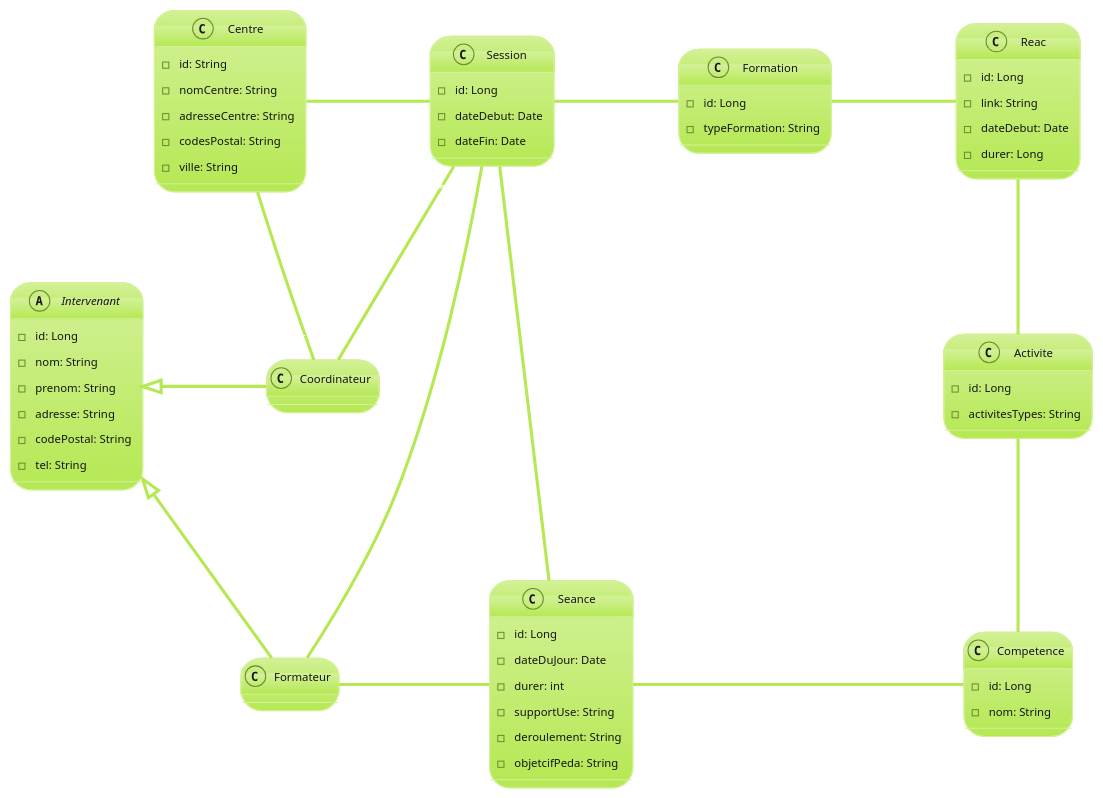
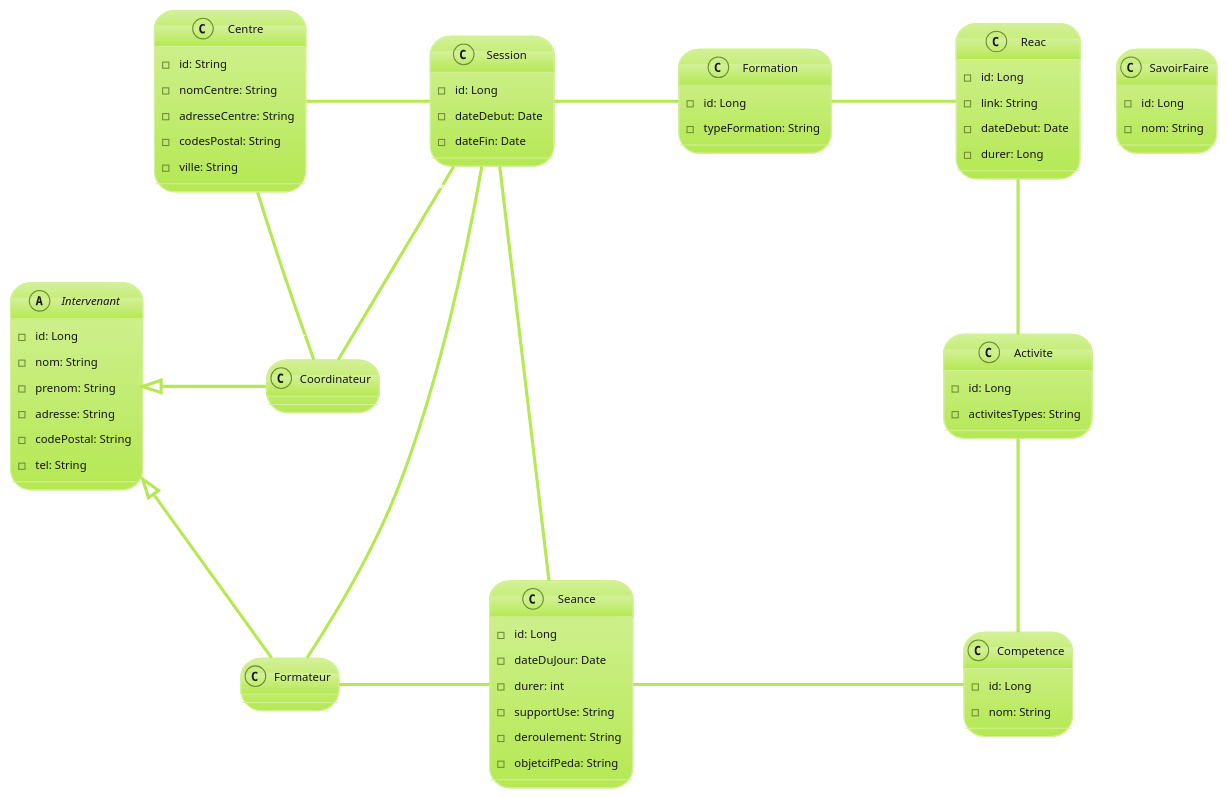
Before and after one commit to GreenHawk-99/AppGreta: the diagram in doc/puml/ClassDiagram.puml, drawn with PlantUML. The commit also changed 37 other files, not shown here.

Commit message:
update of: view+error+uml+pagination+security info on welcome page+security improved

```diff
--- a/doc/puml/ClassDiagram.puml
+++ b/doc/puml/ClassDiagram.puml
@@ -1,66 +1,70 @@
 @startuml
 !theme hacker
 
 abstract class Intervenant {
 -id: Long
 -nom: String
 -prenom: String
 -adresse: String
 -codePostal: String
 -tel: String
 }
 class Coordinateur
 class Formateur
 class Seance {
 -id: Long
 -dateDuJour: Date
 -durer: int
 -supportUse: String
 -deroulement: String
 -objetcifPeda: String
 }
 class Centre {
 -id: String
 -nomCentre: String
 -adresseCentre: String
 -codesPostal: String
 -ville: String
 }
 class Session {
 -id: Long
 -dateDebut: Date
 -dateFin: Date
 }
 class Formation {
 -id: Long
 -typeFormation: String
 }
 class Reac {
 -id: Long
 -link: String
 -dateDebut: Date
 -durer: Long
 }
 class Activite {
 -id: Long
 -activitesTypes: String
 }
 class Competence {
 -id: Long
 -nom: String
 }
+class SavoirFaire {
+-id: Long
+-nom: String
+}
 
 Intervenant <|- Coordinateur :"\t\t\t"
 Intervenant <|-- Formateur :"\t\t\t"
 Formateur "1" - "*" Seance :"\t\t\t\t"
 Session "*" - "*" Formateur :"\t"
 Centre "*" -- "*" Coordinateur :"\t\t\t"
 Centre "1" - "*" Session :"\t\t\t"
 Session "*" -- "1" Coordinateur
 Session "1" - "*" Seance :"\t"
 Session "*" - "1" Formation :"\t\t\t"
 Formation "1" - "*" Reac :"\t\t\t"
 Reac "1" -- "*" Activite :"\t\t\t"
 Activite "1" -- "*" Competence :"\t\t\t"
 Seance "*" - "1" Competence :"\t\t\t\t\t\t\t\t\t\t\t"
 @enduml
```
